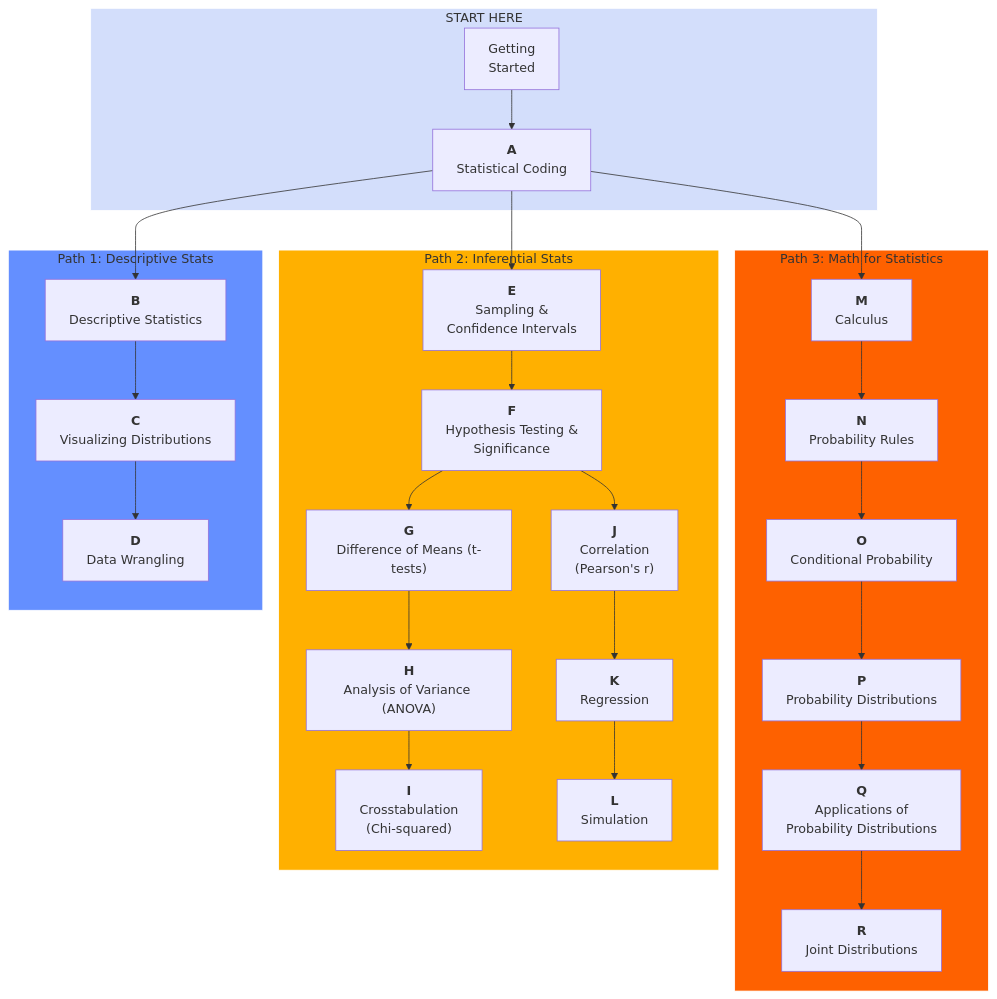
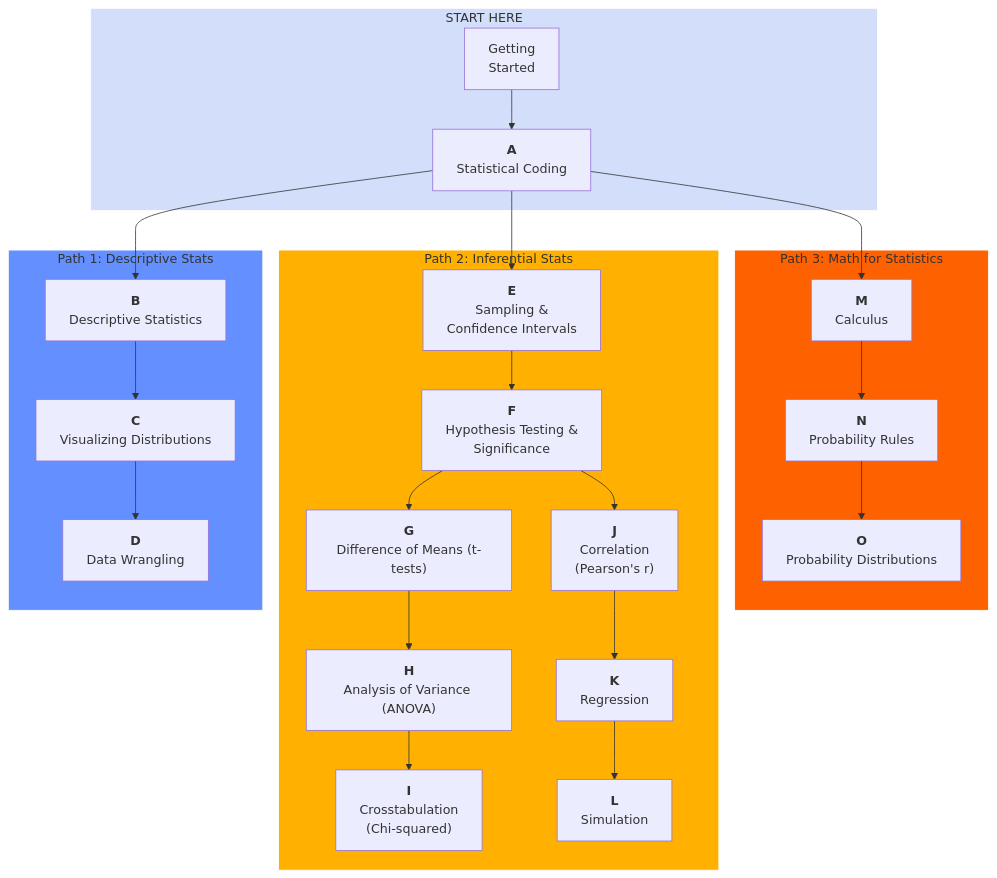
Before and after one commit to timothyfraser/stats_bootcamp: the diagram in README.md, drawn with Mermaid.

````diff
--- a/README.md
+++ b/README.md
@@ -13,61 +13,59 @@
 ```mermaid
 flowchart TD
 
 
 subgraph p0["START HERE"]
     Z["Getting<br>Started"]
     A["<b>A</b><br>Statistical Coding"]
 end
 
 subgraph p3["Path 3: Math for Statistics"]
     M["<b>M</b><br>Calculus"]
     N["<b>N</b><br>Probability Rules"]
-    O["<b>O</b><br>Conditional Probability"]
-    P["<b>P</b><br>Probability Distributions"]
-    Q["<b>Q</b><br>Applications of<br>Probability Distributions"]
-    R["<b>R</b><br>Joint Distributions"]
+    O["<b>O</b><br>Probability Distributions"]
 end
 
 subgraph p2["Path 2: Inferential Stats"]
     E["<b>E</b><br>Sampling &<br>Confidence Intervals"]
     F["<b>F</b><br>Hypothesis Testing &<br>Significance"]
     G["<b>G</b><br>Difference of Means (t-tests)"]
     H["<b>H</b><br>Analysis of Variance (ANOVA)"]
     I["<b>I</b><br>Crosstabulation<br>(Chi-squared)"]
     J["<b>J</b><br>Correlation<br>(Pearson's r)"]
     K["<b>K</b><br>Regression"]
     L["<b>L</b><br>Simulation"]
 end
 
 subgraph p1["Path 1: Descriptive Stats"]
     B["<b>B</b><br>Descriptive Statistics"]
     C["<b>C</b><br>Visualizing Distributions"]
     D["<b>D</b><br>Data Wrangling"]
 end
 
 
 
 Z --> A
 A --> B --> C --> D
 A --> E --> F --> G --> H --> I
 F --> J --> K --> L
-A --> M --> N --> O --> P --> Q --> R
+A --> M --> N --> O 
 
 
 %%class Z,A path0;
 %%class B,C,D path1;
 %%class E,F,G,H,I,J,K,L path2;
 %%class M,N,O,P,Q,R path3;
 
 class p0 path0;
 class p1 path1;
 class p2 path2;
 class p3 path3;
 
 classDef path0 fill:#D3DEFB,stroke:#FFFFFF;
 classDef path1 fill:#648FFF,stroke:#FFFFFF;
 classDef path2 fill:#FFB000,stroke:#FFFFFF;
 classDef path3 fill:#FE6100,stroke:#FFFFFF;
 
 
+
 ```
````
